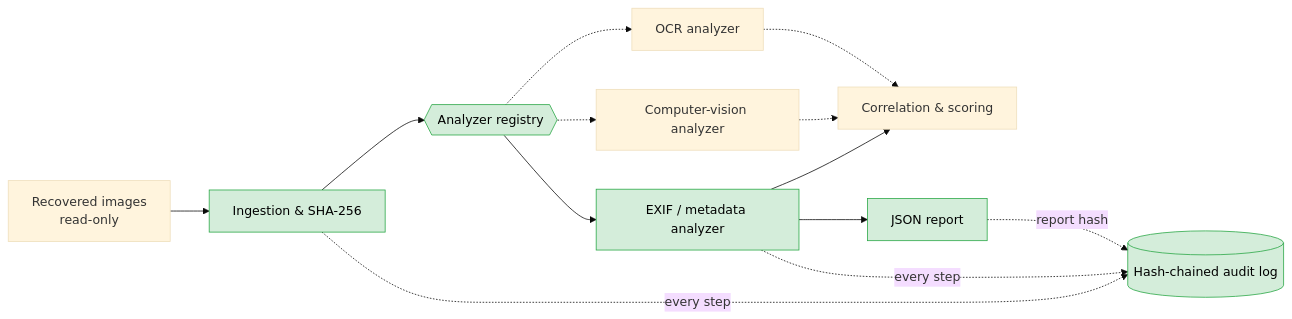
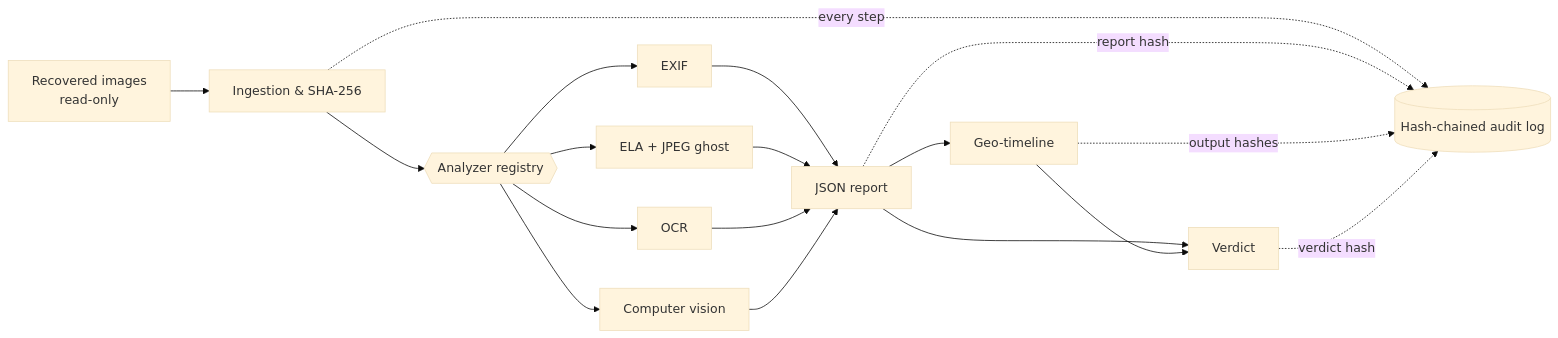
One commit to dorirri/afa-pipeline-core changed the diagram in README.md. Above: the diagram before and after it, drawn with Mermaid (base theme). The commit also changed other lines of this file, not shown here.

````diff
--- a/README.md
+++ b/README.md
@@ -33,18 +39,18 @@
 ```mermaid
 flowchart LR
     A[Recovered images<br/>read-only] --> B[Ingestion & SHA-256]
     B --> R{{Analyzer registry}}
-    R --> E[EXIF / metadata analyzer]
-    R -.-> CV[Computer-vision analyzer]
-    R -.-> OCR[OCR analyzer]
-    E --> C[Correlation & scoring]
-    CV -.-> C
-    OCR -.-> C
-    E --> O[JSON report]
+    R --> E[EXIF]
+    R --> I[ELA + JPEG ghost]
+    R --> OCR[OCR]
+    R --> CV[Computer vision]
+    E & I & OCR & CV --> O[JSON report]
+    O --> G[Geo-timeline]
+    O --> V[Verdict]
+    G --> V
     P[(Hash-chained audit log)]
     B -. every step .-> P
-    E -. every step .-> P
     O -. report hash .-> P
-    classDef done fill:#d4edda,stroke:#28a745,color:#000
-    class B,R,E,O,P done
+    G -. output hashes .-> P
+    V -. verdict hash .-> P
 ```
````
